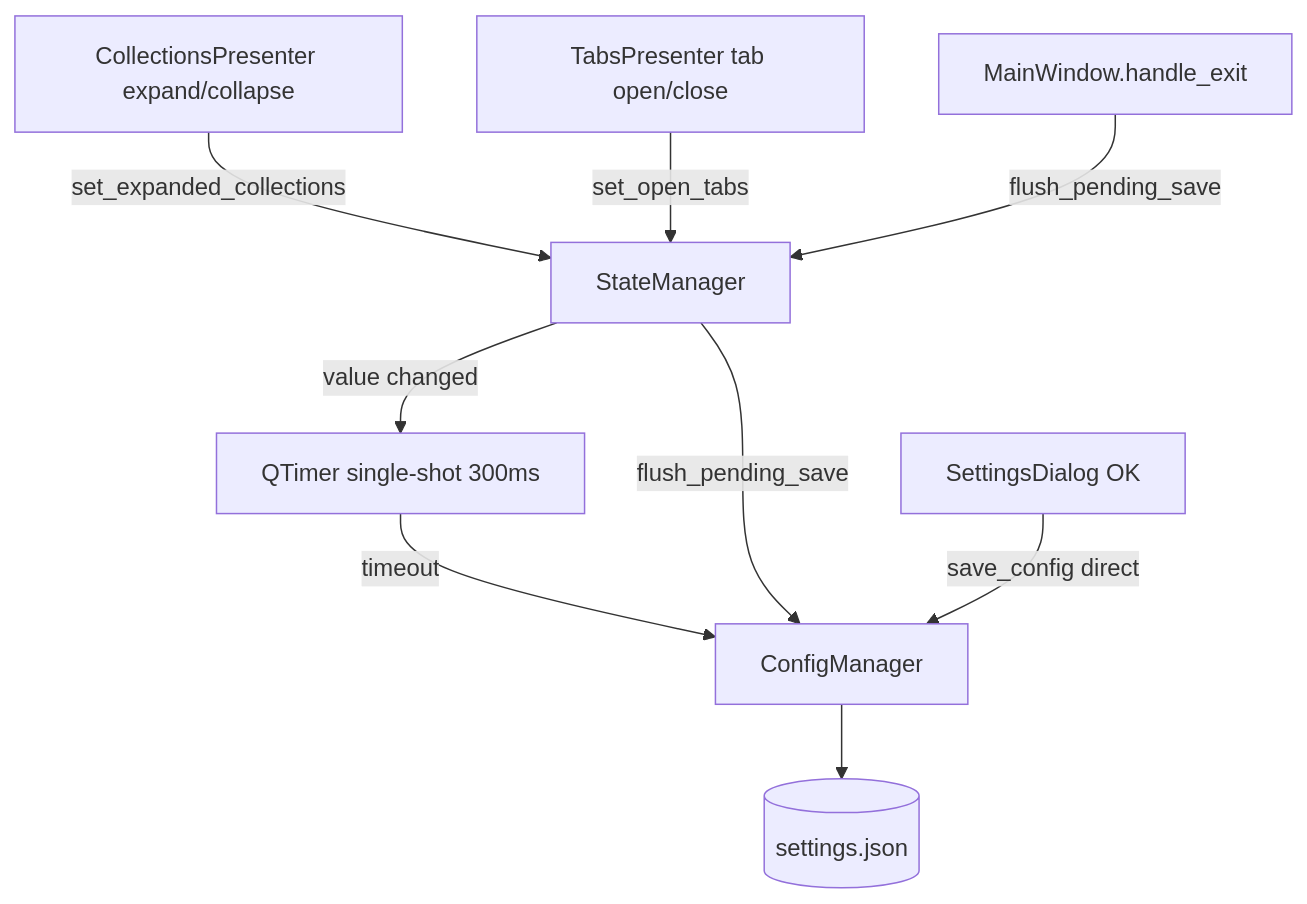
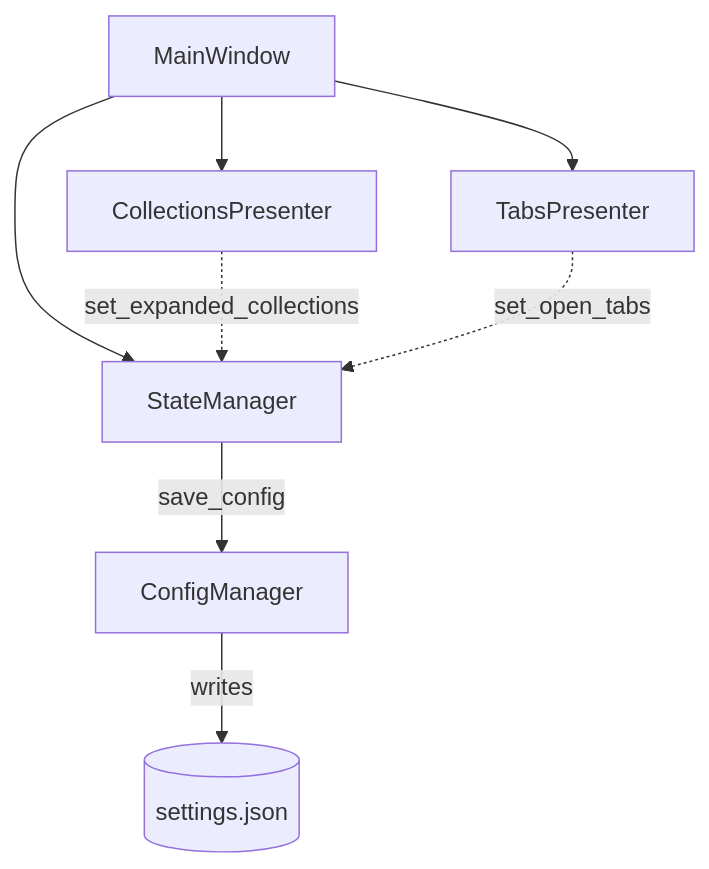
One commit to koctep/pypost changed the diagram in ai-tasks/PYPOST-386/20-architecture.md. Above: the diagram before and after it, drawn with Mermaid. The commit also changed other lines of this file and 1 other file, not shown here.

First line of the commit message:
test(core): PYPOST-386 add StateManager debouncing and flush unit tests

````diff
--- a/ai-tasks/PYPOST-386/20-architecture.md
+++ b/ai-tasks/PYPOST-386/20-architecture.md
@@ -36,20 +54,10 @@
 ```mermaid
-flowchart TD
-    CP[CollectionsPresenter expand/collapse]
-    TP[TabsPresenter tab open/close]
-    SM[StateManager]
-    Timer[QTimer single-shot 300ms]
-    CM[ConfigManager]
-    File[(settings.json)]
-    MW[MainWindow.handle_exit]
-
-    CP -->|set_expanded_collections| SM
-    TP -->|set_open_tabs| SM
-    SM -->|value changed| Timer
-    Timer -->|timeout| CM
-    SM -->|flush_pending_save| CM
-    MW -->|flush_pending_save| SM
-    CM --> File
-
-    SD[SettingsDialog OK] -->|save_config direct| CM
+graph TD
+    MW[MainWindow] --> RTS[CollectionsPresenter]
+    MW --> TP[TabsPresenter]
+    MW --> SM[StateManager]
+    RTS -.->|set_expanded_collections| SM
+    TP -.->|set_open_tabs| SM
+    SM -->|save_config| CM[ConfigManager]
+    CM -->|writes| File[(settings.json)]
 ```
````
